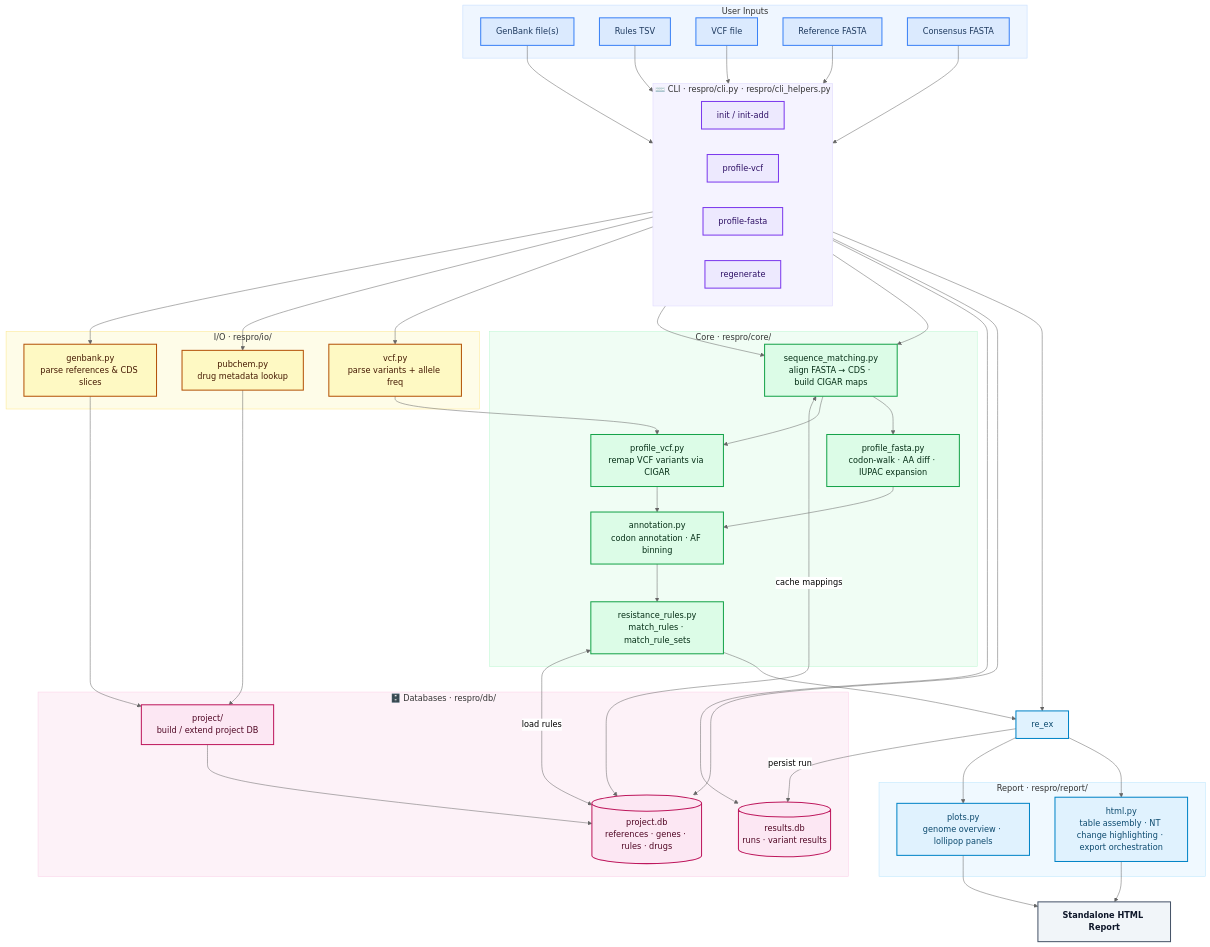
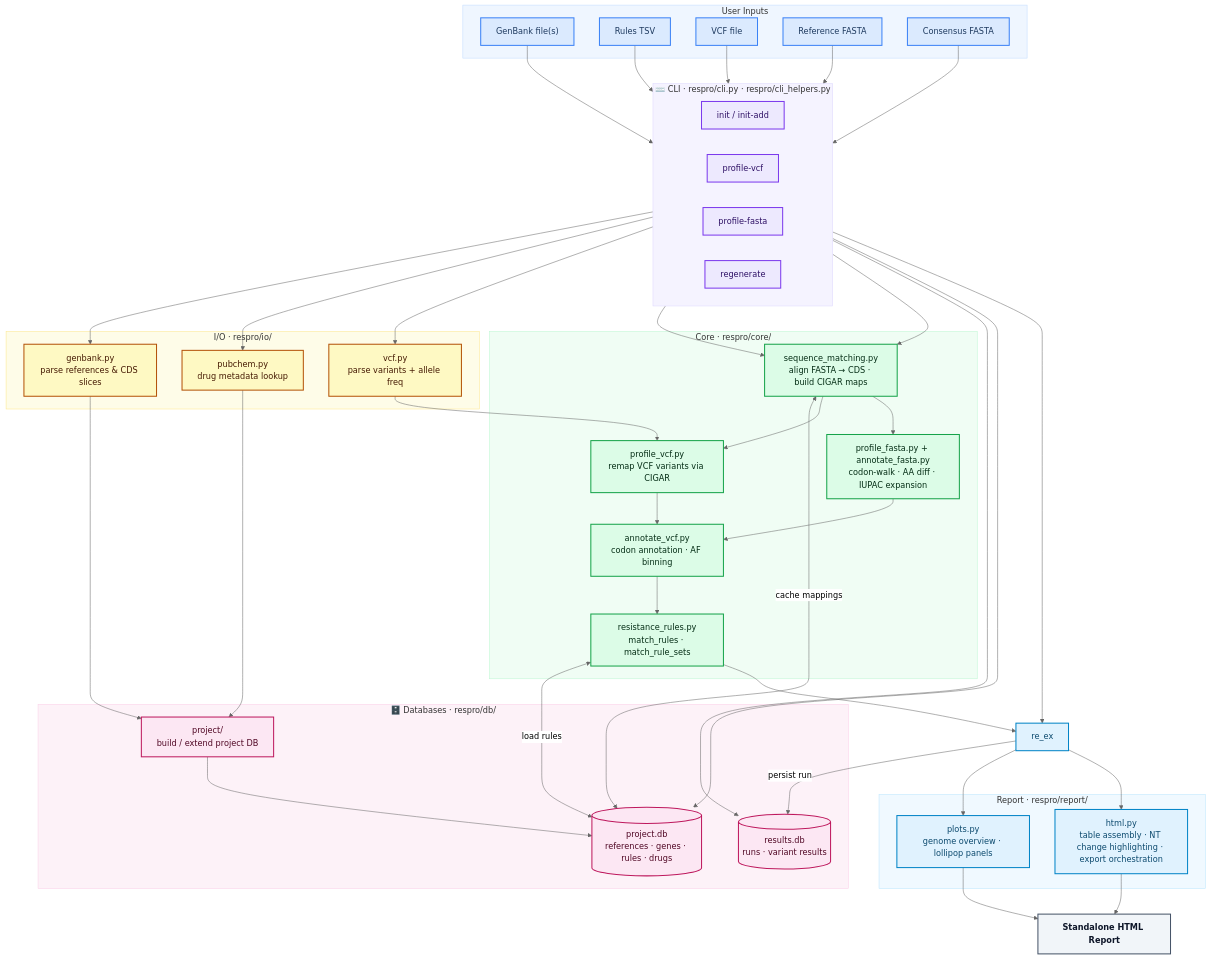
One commit to the-foxlab/ResistanceProfiler changed the diagram in docs/project-structure.md. Above: the diagram before and after it, drawn with Mermaid (neutral theme). The commit also changed other lines of this file and 17 other files, not shown here.

```diff
--- a/docs/project-structure.md
+++ b/docs/project-structure.md
@@ -86,8 +86,8 @@
     subgraph CORE["Core  ·  respro/core/"]
         co_sm["sequence_matching.py\nalign FASTA → CDS · build CIGAR maps"]
         co_pr["profile_vcf.py\nremap VCF variants via CIGAR"]
-        co_fp["profile_fasta.py\ncodon-walk · AA diff · IUPAC expansion"]
-        co_an["annotation.py\ncodon annotation · AF binning"]
+        co_fp["profile_fasta.py + annotate_fasta.py\ncodon-walk · AA diff · IUPAC expansion"]
+        co_an["annotate_vcf.py\ncodon annotation · AF binning"]
         co_rr["resistance_rules.py\nmatch_rules · match_rule_sets"]
     end
 
```
